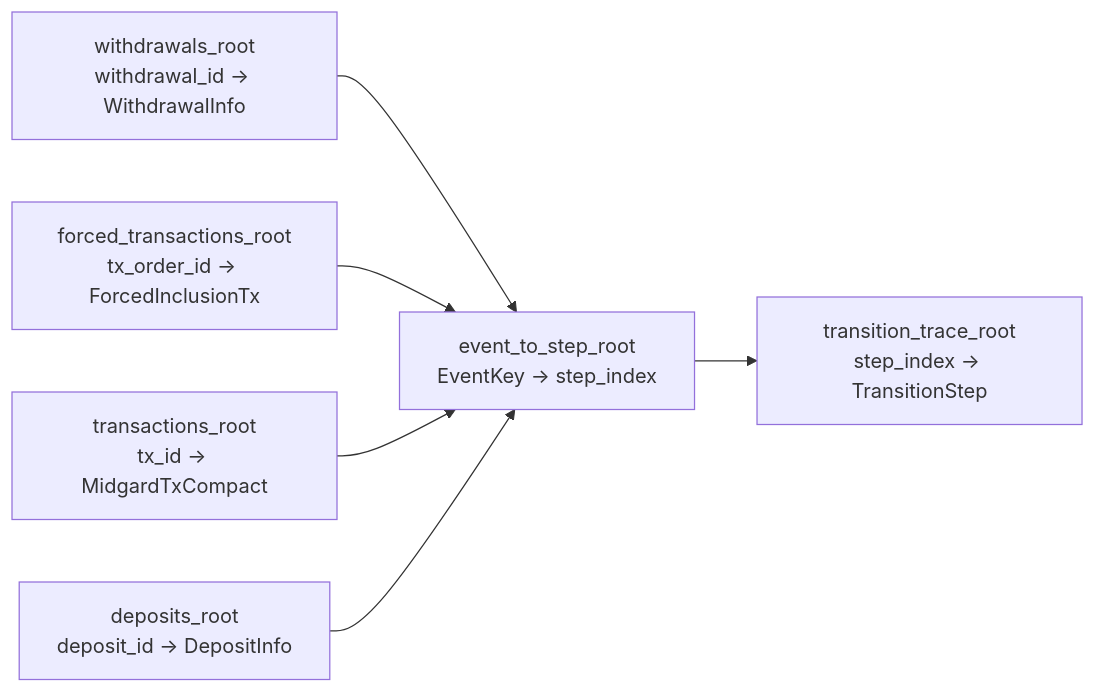
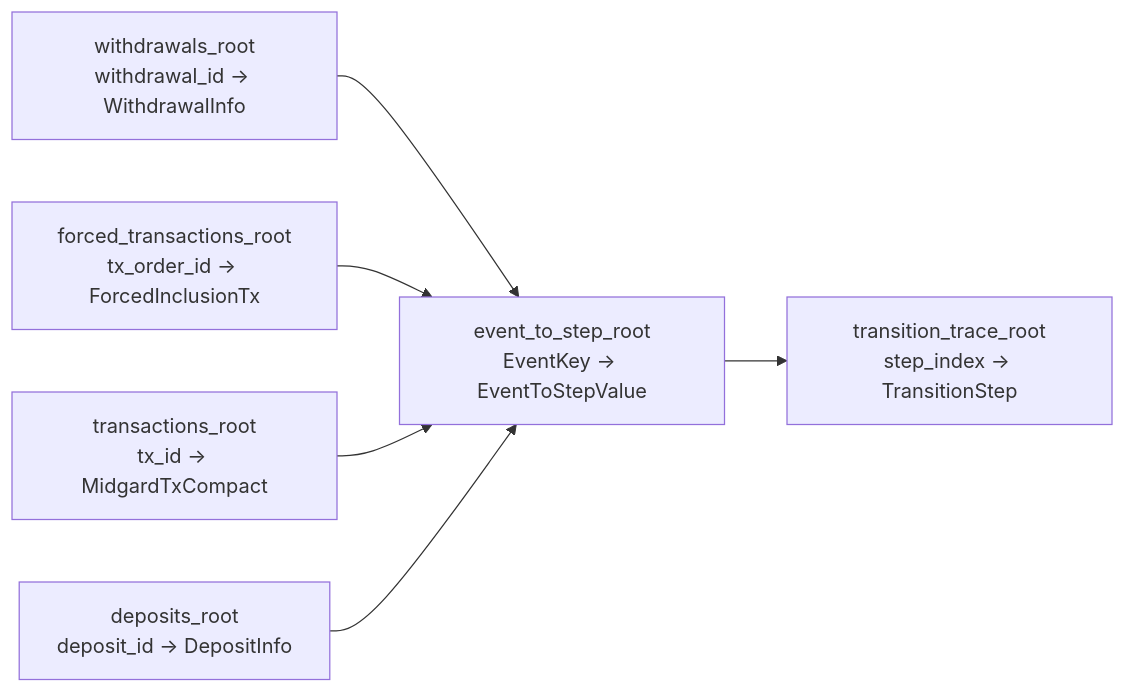
One commit to Anastasia-Labs/midgard changed the second of 4 diagrams in demo/midgard-node/docs/TRANSITION_TRACE_COMMITMENTS.md. Above: the diagram before and after it, drawn with Mermaid. The commit also changed other lines of this file and 263 other files, not shown here.

````diff
--- a/demo/midgard-node/docs/TRANSITION_TRACE_COMMITMENTS.md
+++ b/demo/midgard-node/docs/TRANSITION_TRACE_COMMITMENTS.md
@@ -469,15 +491,15 @@
 ```mermaid
 flowchart LR
   W["withdrawals_root\nwithdrawal_id -> WithdrawalInfo"]
   F["forced_transactions_root\ntx_order_id -> ForcedInclusionTx"]
   Txs["transactions_root\ntx_id -> MidgardTxCompact"]
   D["deposits_root\ndeposit_id -> DepositInfo"]
-  E["event_to_step_root\nEventKey -> step_index"]
+  E["event_to_step_root\nEventKey -> EventToStepValue"]
   T["transition_trace_root\nstep_index -> TransitionStep"]
 
   W --> E
   F --> E
   Txs --> E
   D --> E
   E --> T
 ```
````
